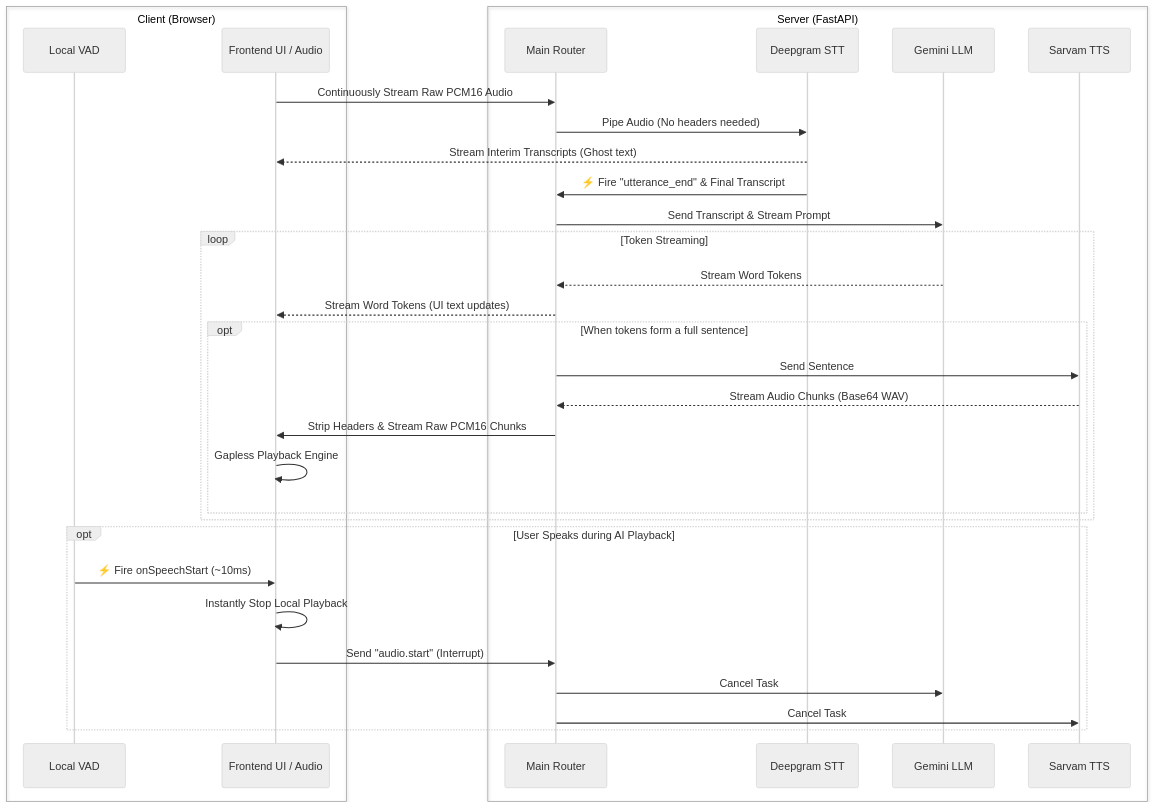
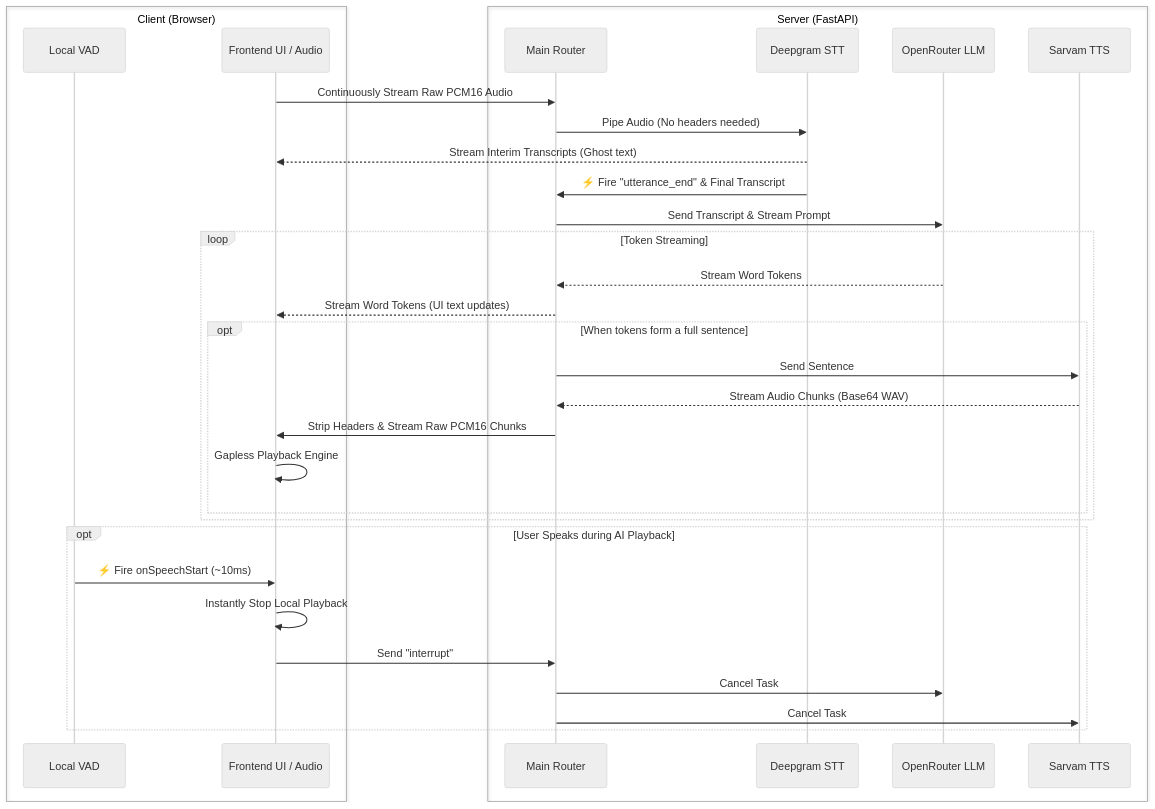
Before and after one commit to SOGeKING-NUL/tts-speech-engine: the first of 2 diagrams in system_explanation.md, drawn with Mermaid (neutral theme). The commit also changed other lines of this file and 5 other files, not shown here.

````diff
--- a/system_explanation.md
+++ b/system_explanation.md
@@ -11,44 +11,44 @@
 ```mermaid
 sequenceDiagram
     box Client (Browser)
         participant VAD as Local VAD
         participant C as Frontend UI / Audio
     end
     box Server (FastAPI)
         participant S as Main Router
         participant STT as Deepgram STT
-        participant LLM as Gemini LLM
+        participant LLM as OpenRouter LLM
         participant TTS as Sarvam TTS
     end
 
     %% Audio Capture & STT Phase
     C->>S: Continuously Stream Raw PCM16 Audio
     S->>STT: Pipe Audio (No headers needed)
     STT-->>C: Stream Interim Transcripts (Ghost text)
     
     %% Semantic End of Turn
     STT->>S: ⚡ Fire "utterance_end" & Final Transcript
     
     %% Low Latency LLM -> TTS Pipeline
     S->>LLM: Send Transcript & Stream Prompt
     loop Token Streaming
         LLM-->>S: Stream Word Tokens
         S-->>C: Stream Word Tokens (UI text updates)
         
         opt When tokens form a full sentence
             S->>TTS: Send Sentence
             TTS-->>S: Stream Audio Chunks (Base64 WAV)
             S->>C: Strip Headers & Stream Raw PCM16 Chunks
             C->>C: Gapless Playback Engine
         end
     end
     
     %% Interruption (Barge-In)
     opt User Speaks during AI Playback
         VAD->>C: ⚡ Fire onSpeechStart (~10ms)
         C->>C: Instantly Stop Local Playback
-        C->>S: Send "audio.start" (Interrupt)
+        C->>S: Send "interrupt"
         S->>LLM: Cancel Task
         S->>TTS: Cancel Task
     end
 ```
````
